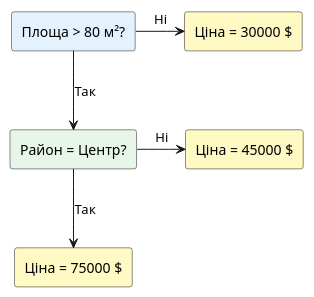
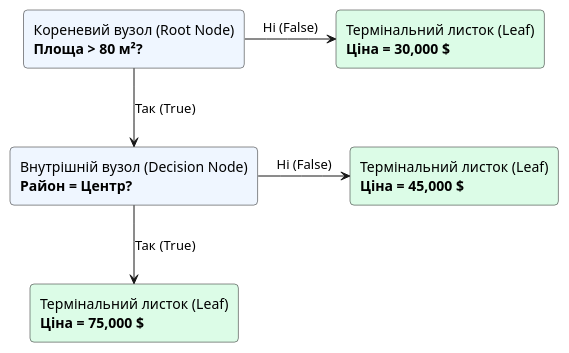
One commit to arakviel/kostyl.dev changed the first of 2 diagrams in content/16.ai-python/09.decision-trees-random-forest/01.decision-trees.md. Above: the diagram before and after it, drawn with PlantUML. The commit also changed other lines of this file and 11 other files, not shown here.

````diff
--- a/content/16.ai-python/09.decision-trees-random-forest/01.decision-trees.md
+++ b/content/16.ai-python/09.decision-trees-random-forest/01.decision-trees.md
@@ -114,19 +104,21 @@
 ```plantuml
 @startuml
 skinparam style plain
 skinparam backgroundColor #FFFFFF
-skinparam shadowing false
+skinparam defaultFontName Arial
+skinparam roundCorner 8
 
-rectangle "Площа > 80 м²?" as root #E3F2FD
-rectangle "Район = Центр?" as left #E8F5E9
-rectangle "Ціна = 30000 $" as right1 #FFF9C4
-rectangle "Ціна = 75000 $" as left1 #FFF9C4
-rectangle "Ціна = 45000 $" as left2 #FFF9C4
+rectangle "Кореневий вузол (Root Node)\n**Площа > 80 м²?**" as root #EFF6FF
+rectangle "Внутрішній вузол (Decision Node)\n**Район = Центр?**" as left #EFF6FF
 
-root -right-> right1 : Ні
-root -down-> left : Так
-left -down-> left1 : Так
-left -right-> left2 : Ні
+rectangle "Термінальний листок (Leaf)\n**Ціна = 30,000 $**" as leaf_right #DCFCE7
+rectangle "Термінальний листок (Leaf)\n**Ціна = 75,000 $**" as leaf_left_true #DCFCE7
+rectangle "Термінальний листок (Leaf)\n**Ціна = 45,000 $**" as leaf_left_false #DCFCE7
 
+root -down-> left : Так (True)
+root -right-> leaf_right : Ні (False)
+
+left -down-> leaf_left_true : Так (True)
+left -right-> leaf_left_false : Ні (False)
 @enduml
 ```
````
